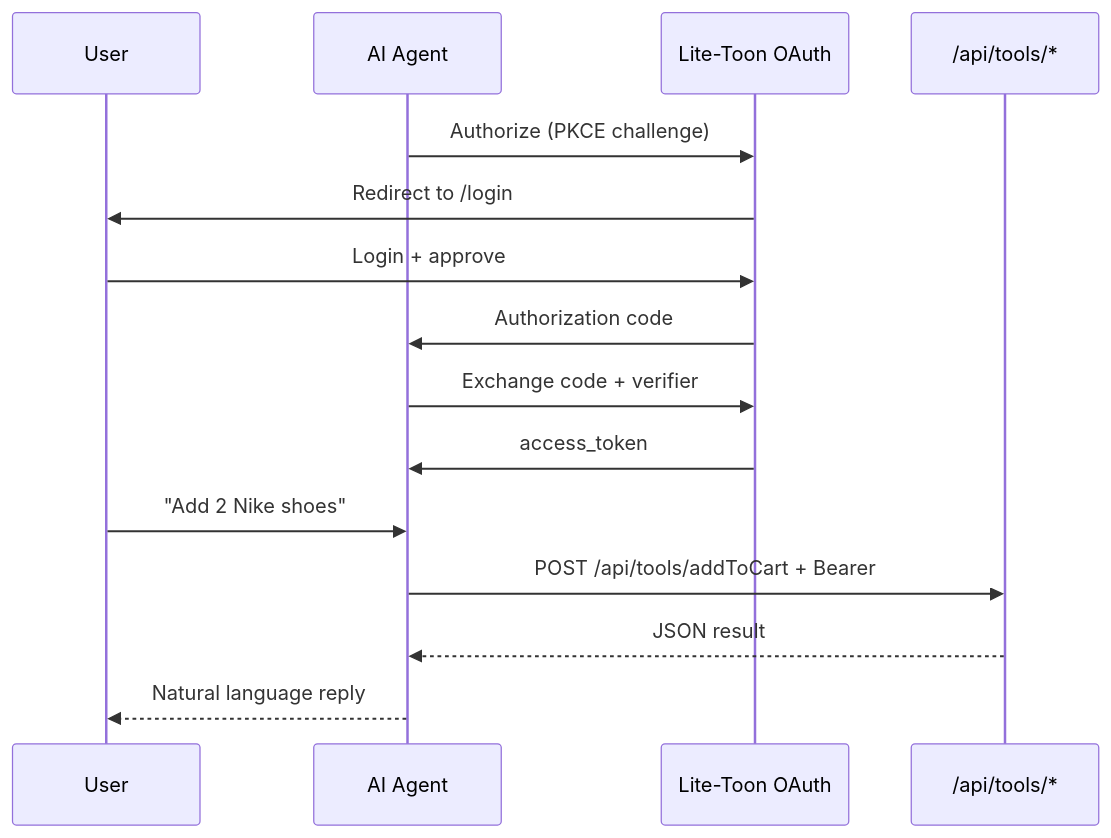
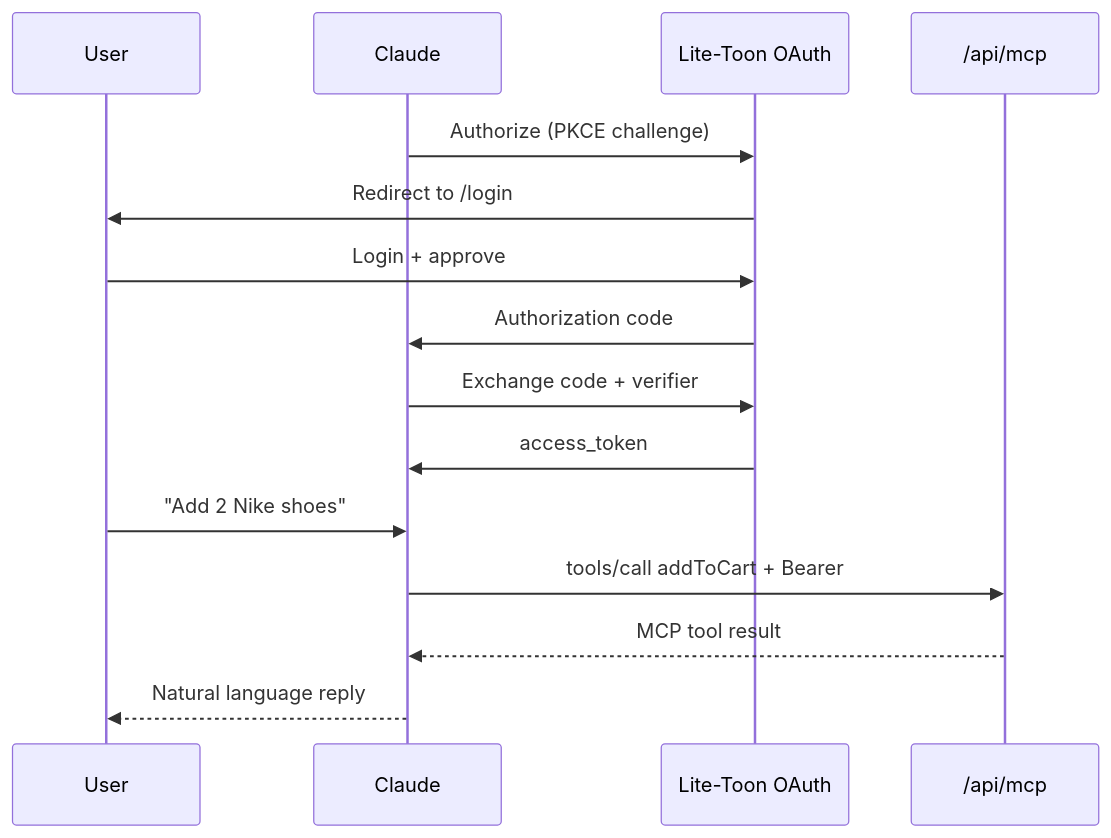
The diagram in docs/integration/connect-agents.md (Luke-official/lite-toon), drawn with Mermaid before and after one commit. The commit also changed other lines of this file and 19 other files, not shown here.

Commit message:
docs: update documentation to reflect current support for Claude and clarify the status of ChatGPT and Gemini integrations; enhance setup guides, API references, and capability flows for better user understanding

````diff
--- a/docs/integration/connect-agents.md
+++ b/docs/integration/connect-agents.md
@@ -36,18 +39,18 @@
 ```mermaid
 sequenceDiagram
     participant User
-    participant Agent as AI Agent
+    participant Agent as Claude
     participant OAuth as Lite-Toon OAuth
-    participant API as /api/tools/*
+    participant API as /api/mcp
 
     Agent->>OAuth: Authorize (PKCE challenge)
     OAuth->>User: Redirect to /login
     User->>OAuth: Login + approve
     OAuth->>Agent: Authorization code
     Agent->>OAuth: Exchange code + verifier
     OAuth->>Agent: access_token
     User->>Agent: "Add 2 Nike shoes"
-    Agent->>API: POST /api/tools/addToCart + Bearer
-    API-->>Agent: JSON result
+    Agent->>API: tools/call addToCart + Bearer
+    API-->>Agent: MCP tool result
     Agent-->>User: Natural language reply
 ```
````
